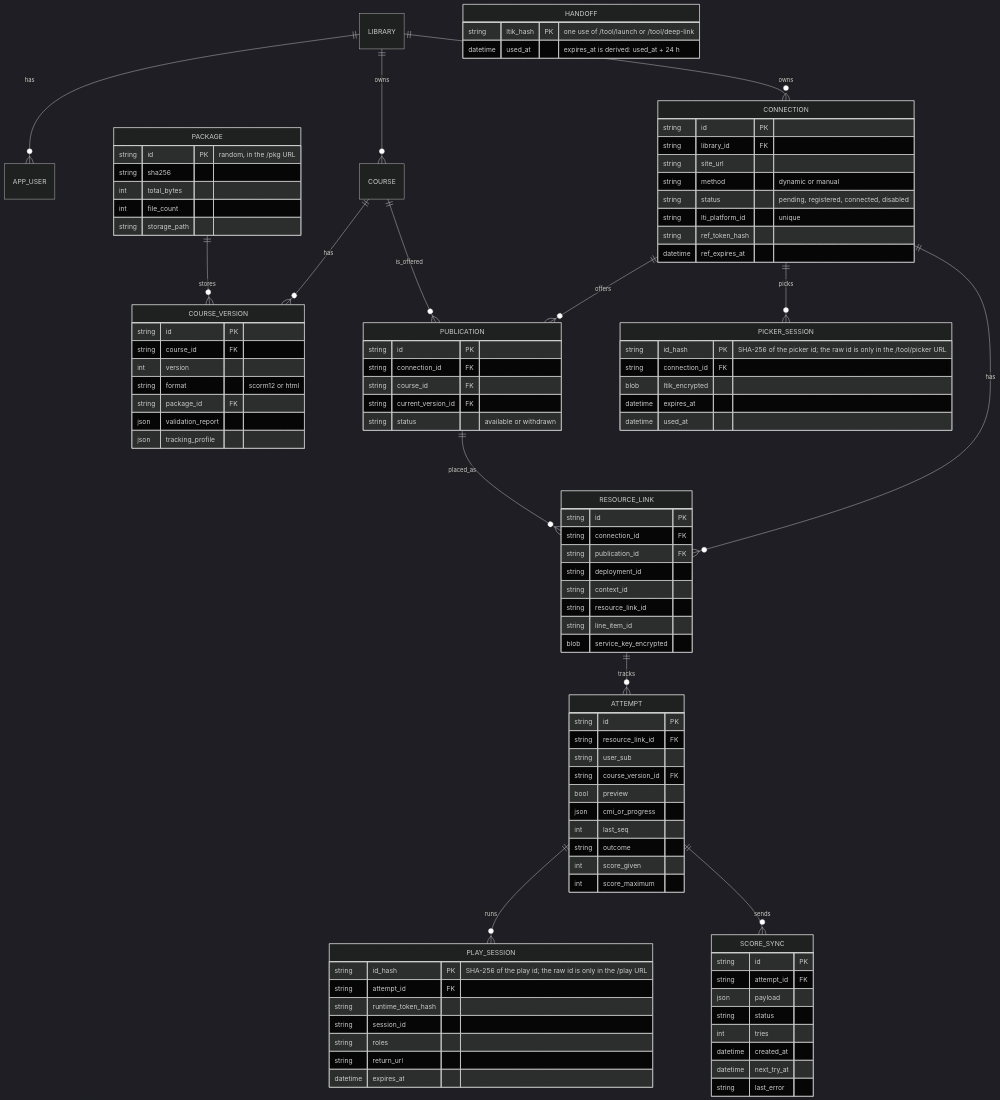
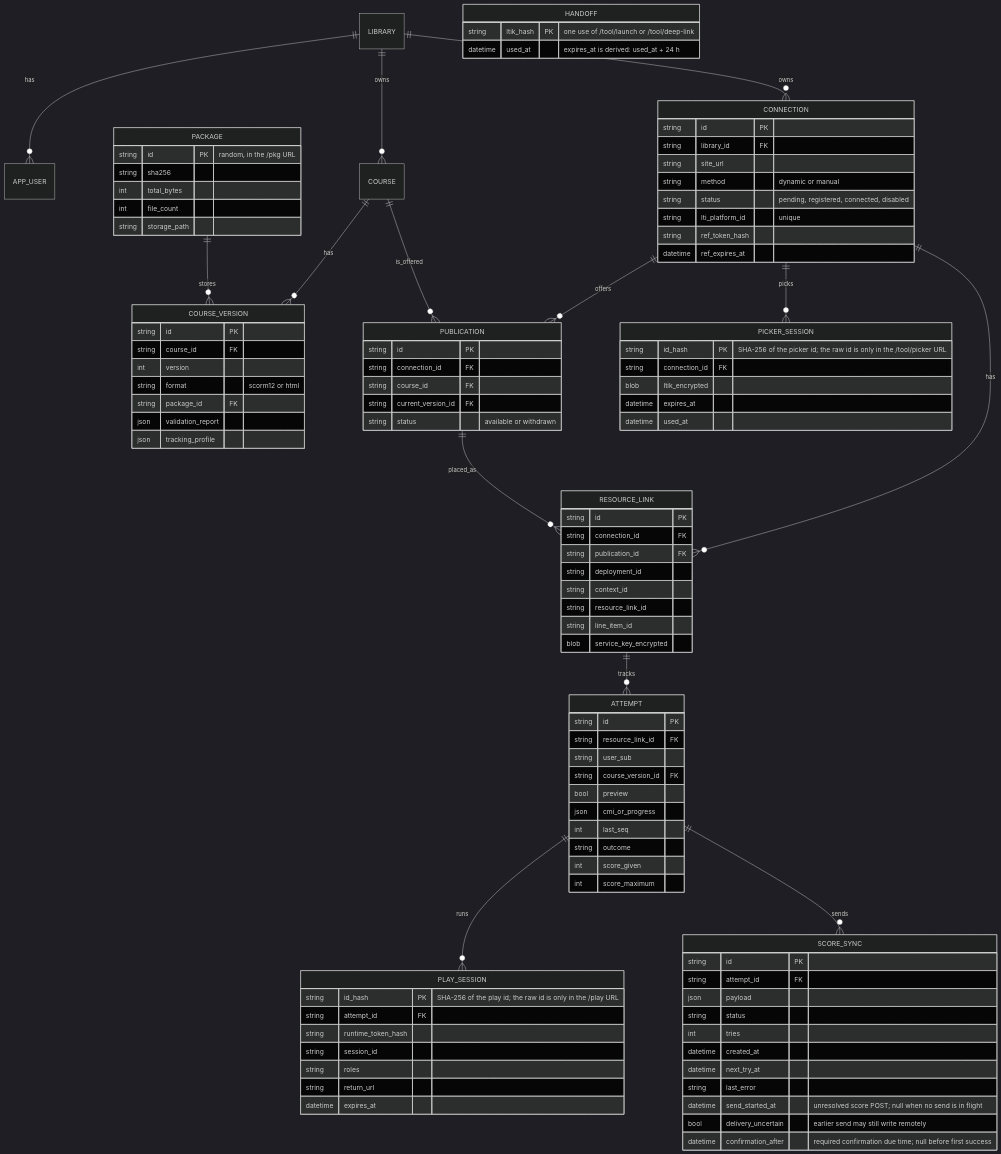
One commit to nguyenthanhquang152/cogniate_moodle_integration_prototype changed the second of 5 diagrams in docs/architecture/data-model.md. Above: the diagram before and after it, drawn with Mermaid (dark theme). The commit also changed other lines of this file and 5 other files, not shown here.

Commit message:
Architecture: define durable confirmation after uncertain score delivery

````diff
--- a/docs/architecture/data-model.md
+++ b/docs/architecture/data-model.md
@@ -203,5 +203,8 @@
       datetime created_at
       datetime next_try_at
       string last_error
+      datetime send_started_at "unresolved score POST; null when no send is in flight"
+      bool delivery_uncertain "earlier send may still write remotely"
+      datetime confirmation_after "required confirmation due time; null before first success"
     }
 ```
````
